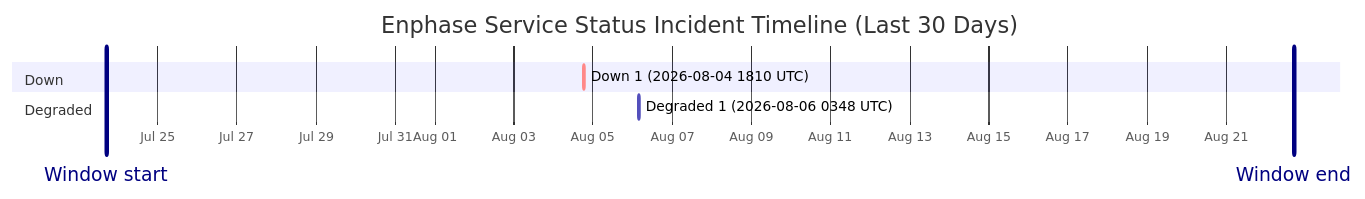
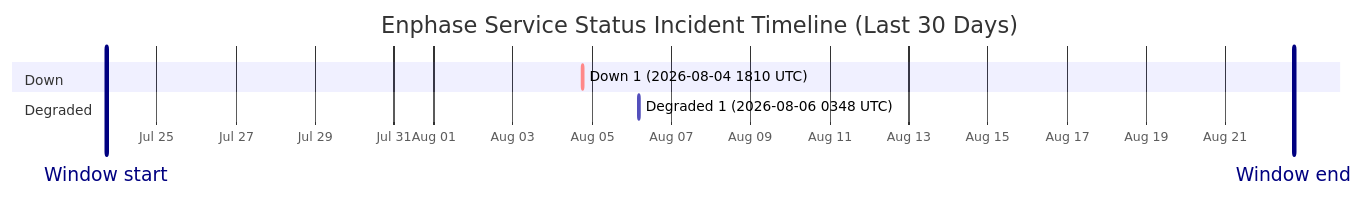
One commit to barneyonline/ha-enphase-energy changed the diagram in wiki/Service-Status-History.md. Above: the diagram before and after it, drawn with Mermaid. The commit also changed other lines of this file and 3 other files, not shown here.

````diff
--- a/wiki/Service-Status-History.md
+++ b/wiki/Service-Status-History.md
@@ -14,12 +14,12 @@
 ```mermaid
 gantt
     title Enphase Service Status Incident Timeline (Last 30 Days)
     dateFormat  YYYY-MM-DDTHH:mm:ss
     axisFormat  %b %d
-    Window start :vert, window-start, 2026-07-23T16:49:12, 0ms
-    Window end :vert, window-end, 2026-08-22T16:49:12, 0ms
+    Window start :vert, window-start, 2026-07-23T17:18:22, 0ms
+    Window end :vert, window-end, 2026-08-22T17:18:22, 0ms
     section Down
     Down 1 (2026-08-04 1810 UTC) :crit, down-1, 2026-08-04T18:10:46, 60m
     section Degraded
     Degraded 1 (2026-08-06 0348 UTC) :active, degraded-1, 2026-08-06T03:48:14, 60m
 ```
````
